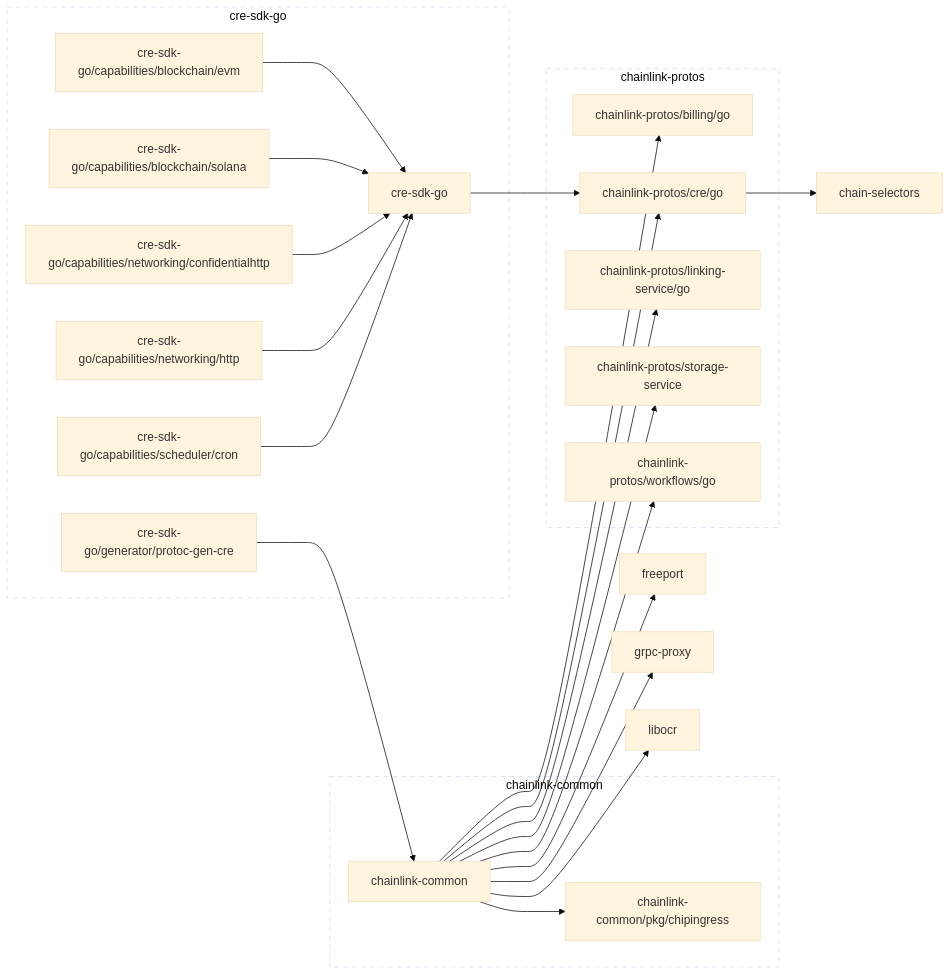
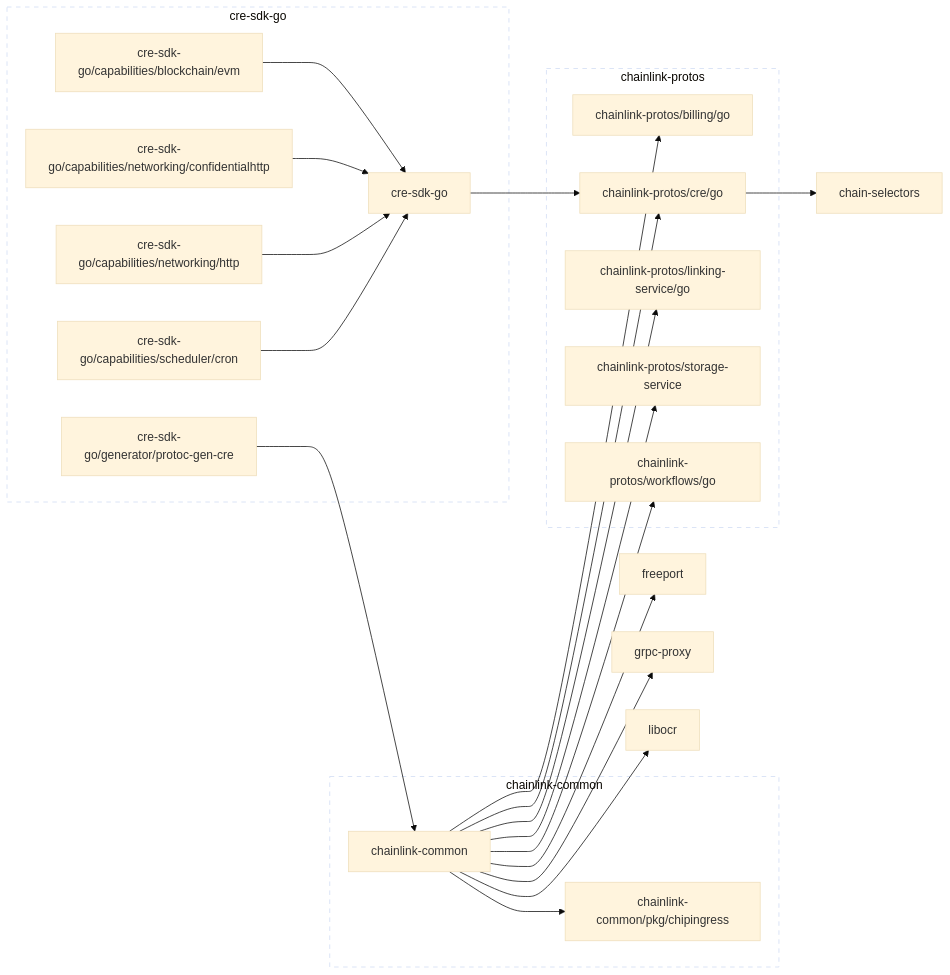
The diagram in go.md (smartcontractkit/cre-sdk-go), drawn with Mermaid (base theme) before and after one commit. The commit also changed 9 other files, not shown here.

Commit message:
Remove Solana SDK Types (#112)

````diff
--- a/go.md
+++ b/go.md
@@ -2,77 +2,74 @@
 ```mermaid
 flowchart LR
 
 	chain-selectors
 	click chain-selectors href "https://github.com/smartcontractkit/chain-selectors"
 	chainlink-common --> chainlink-common/pkg/chipingress
 	chainlink-common --> chainlink-protos/billing/go
 	chainlink-common --> chainlink-protos/cre/go
 	chainlink-common --> chainlink-protos/linking-service/go
 	chainlink-common --> chainlink-protos/storage-service
 	chainlink-common --> chainlink-protos/workflows/go
 	chainlink-common --> freeport
 	chainlink-common --> grpc-proxy
 	chainlink-common --> libocr
 	click chainlink-common href "https://github.com/smartcontractkit/chainlink-common"
 	chainlink-common/pkg/chipingress
 	click chainlink-common/pkg/chipingress href "https://github.com/smartcontractkit/chainlink-common"
 	chainlink-protos/billing/go
 	click chainlink-protos/billing/go href "https://github.com/smartcontractkit/chainlink-protos"
 	chainlink-protos/cre/go --> chain-selectors
 	click chainlink-protos/cre/go href "https://github.com/smartcontractkit/chainlink-protos"
 	chainlink-protos/linking-service/go
 	click chainlink-protos/linking-service/go href "https://github.com/smartcontractkit/chainlink-protos"
 	chainlink-protos/storage-service
 	click chainlink-protos/storage-service href "https://github.com/smartcontractkit/chainlink-protos"
 	chainlink-protos/workflows/go
 	click chainlink-protos/workflows/go href "https://github.com/smartcontractkit/chainlink-protos"
 	cre-sdk-go --> chainlink-protos/cre/go
 	click cre-sdk-go href "https://github.com/smartcontractkit/cre-sdk-go"
 	cre-sdk-go/capabilities/blockchain/evm --> cre-sdk-go
 	click cre-sdk-go/capabilities/blockchain/evm href "https://github.com/smartcontractkit/cre-sdk-go"
-	cre-sdk-go/capabilities/blockchain/solana --> cre-sdk-go
-	click cre-sdk-go/capabilities/blockchain/solana href "https://github.com/smartcontractkit/cre-sdk-go"
 	cre-sdk-go/capabilities/networking/confidentialhttp --> cre-sdk-go
 	click cre-sdk-go/capabilities/networking/confidentialhttp href "https://github.com/smartcontractkit/cre-sdk-go"
 	cre-sdk-go/capabilities/networking/http --> cre-sdk-go
 	click cre-sdk-go/capabilities/networking/http href "https://github.com/smartcontractkit/cre-sdk-go"
 	cre-sdk-go/capabilities/scheduler/cron --> cre-sdk-go
 	click cre-sdk-go/capabilities/scheduler/cron href "https://github.com/smartcontractkit/cre-sdk-go"
 	cre-sdk-go/generator/protoc-gen-cre --> chainlink-common
 	click cre-sdk-go/generator/protoc-gen-cre href "https://github.com/smartcontractkit/cre-sdk-go"
 	freeport
 	click freeport href "https://github.com/smartcontractkit/freeport"
 	grpc-proxy
 	click grpc-proxy href "https://github.com/smartcontractkit/grpc-proxy"
 	libocr
 	click libocr href "https://github.com/smartcontractkit/libocr"
 
 	subgraph chainlink-common-repo[chainlink-common]
 		 chainlink-common
 		 chainlink-common/pkg/chipingress
 	end
 	click chainlink-common-repo href "https://github.com/smartcontractkit/chainlink-common"
 
 	subgraph chainlink-protos-repo[chainlink-protos]
 		 chainlink-protos/billing/go
 		 chainlink-protos/cre/go
 		 chainlink-protos/linking-service/go
 		 chainlink-protos/storage-service
 		 chainlink-protos/workflows/go
 	end
 	click chainlink-protos-repo href "https://github.com/smartcontractkit/chainlink-protos"
 
 	subgraph cre-sdk-go-repo[cre-sdk-go]
 		 cre-sdk-go
 		 cre-sdk-go/capabilities/blockchain/evm
-		 cre-sdk-go/capabilities/blockchain/solana
 		 cre-sdk-go/capabilities/networking/confidentialhttp
 		 cre-sdk-go/capabilities/networking/http
 		 cre-sdk-go/capabilities/scheduler/cron
 		 cre-sdk-go/generator/protoc-gen-cre
 	end
 	click cre-sdk-go-repo href "https://github.com/smartcontractkit/cre-sdk-go"
 
 	classDef outline stroke-dasharray:6,fill:none;
 	class chainlink-common-repo,chainlink-protos-repo,cre-sdk-go-repo outline
 ```
````
